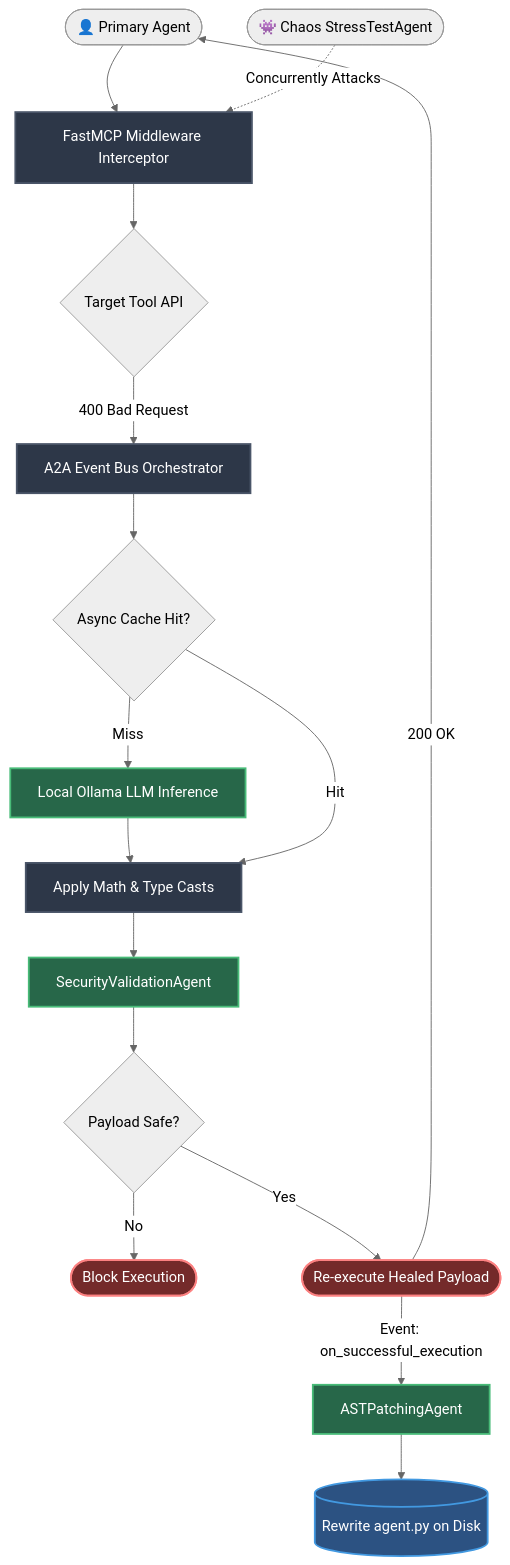
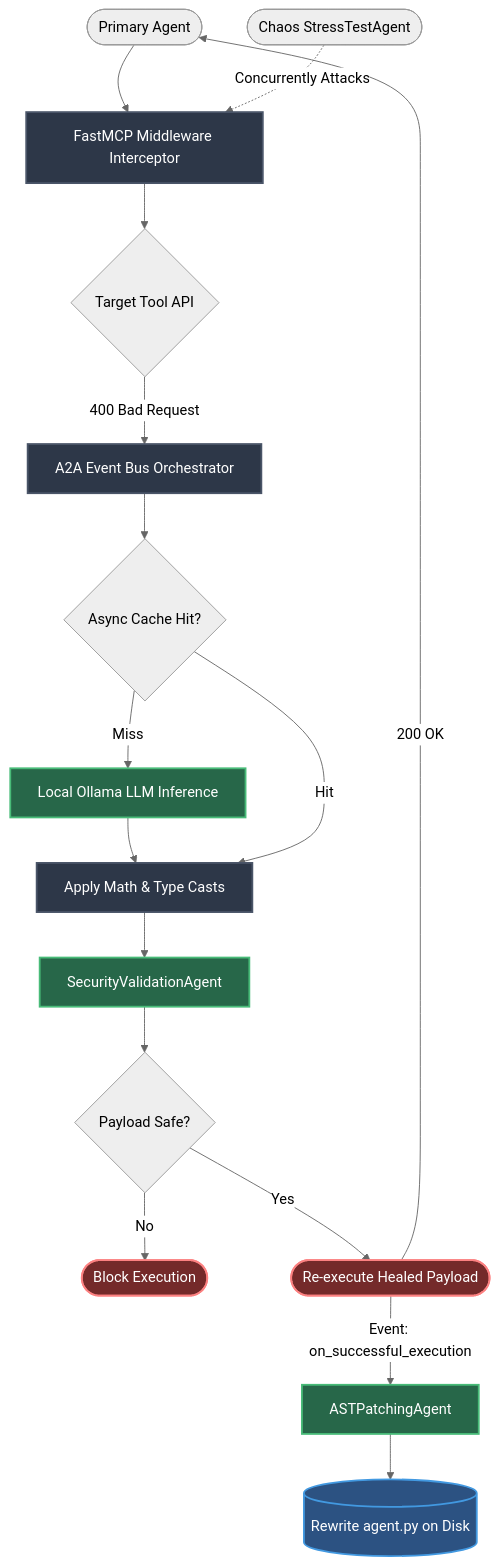
Before and after one commit to yaseenzj/Agent-Arc: the diagram in README.md, drawn with Mermaid (neutral theme). The commit also changed other lines of this file and 32 other files, not shown here.

````diff
--- a/README.md
+++ b/README.md
@@ -54,31 +54,31 @@
 ```mermaid
 graph TD
     %% Styling
     classDef stage fill:#2d3748,stroke:#4a5568,stroke-width:2px,color:#fff
     classDef db fill:#2c5282,stroke:#4299e1,stroke-width:2px,color:#fff
     classDef agent fill:#276749,stroke:#48bb78,stroke-width:2px,color:#fff
     classDef endpoint fill:#742a2a,stroke:#fc8181,stroke-width:2px,color:#fff
     
-    Primary([👤 Primary Agent]) --> Interceptor[FastMCP Middleware Interceptor]:::stage
+    Primary([ Primary Agent]) --> Interceptor[FastMCP Middleware Interceptor]:::stage
     
     Interceptor --> Target{Target Tool API}
     Target -- 400 Bad Request --> Engine[A2A Event Bus Orchestrator]:::stage
     
     Engine --> CacheCheck{Async Cache Hit?}
     CacheCheck -- Miss --> LLM[Local Ollama LLM Inference]:::agent
     LLM --> Transform[Apply Math & Type Casts]:::stage
     CacheCheck -- Hit --> Transform
     
     Transform --> Guardian[SecurityValidationAgent]:::agent
     
     Guardian --> Safe{Payload Safe?}
     Safe -- No --> Block([Block Execution]):::endpoint
     Safe -- Yes --> ReExecute([Re-execute Healed Payload]):::endpoint
     
     ReExecute -- 200 OK --> Primary
     ReExecute -- Event: on_successful_execution --> Mechanic[ASTPatchingAgent]:::agent
     
     Mechanic --> Rewrite[(Rewrite agent.py on Disk)]:::db
     
-    Gremlin([👾 Chaos StressTestAgent]) -. Concurrently Attacks .-> Interceptor
+    Gremlin([ Chaos StressTestAgent]) -. Concurrently Attacks .-> Interceptor
 ```
````
